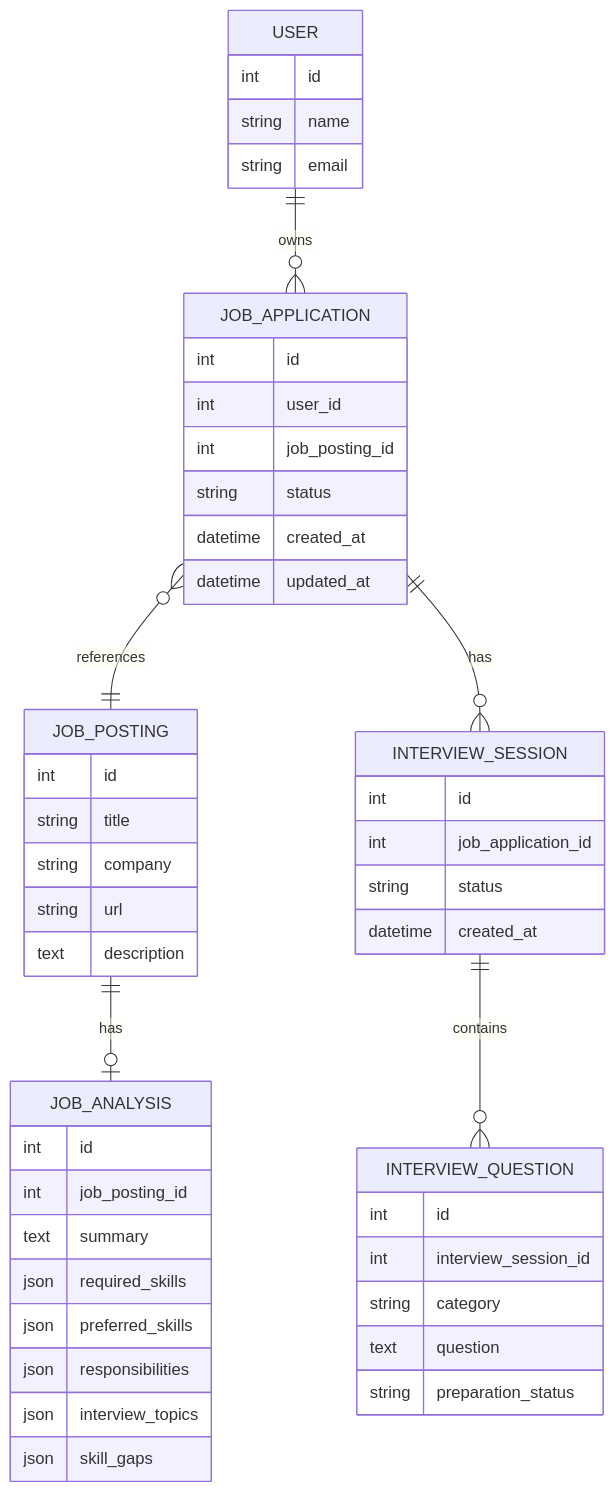
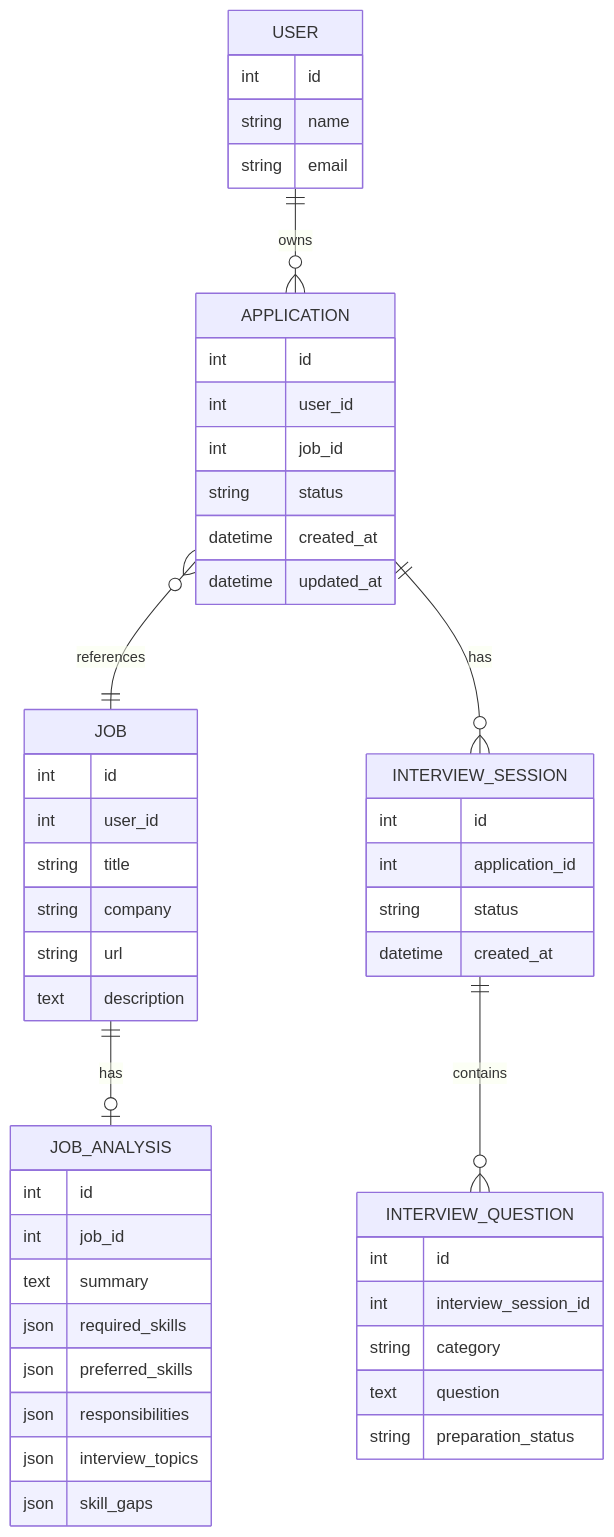
One commit to harshkaso/carrer-pilot changed the fifth of 6 diagrams in README.md. Above: the diagram before and after it, drawn with Mermaid. The commit also changed other lines of this file, not shown here.

````diff
--- a/README.md
+++ b/README.md
@@ -275,57 +260,58 @@
 ```mermaid
 erDiagram
-    USER ||--o{ JOB_APPLICATION : owns
-    JOB_APPLICATION }o--|| JOB_POSTING : references
-    JOB_POSTING ||--o| JOB_ANALYSIS : has
-    JOB_APPLICATION ||--o{ INTERVIEW_SESSION : has
+    USER ||--o{ APPLICATION : owns
+    APPLICATION }o--|| JOB : references
+    JOB ||--o| JOB_ANALYSIS : has
+    APPLICATION ||--o{ INTERVIEW_SESSION : has
     INTERVIEW_SESSION ||--o{ INTERVIEW_QUESTION : contains
 
     USER {
         int id
         string name
         string email
     }
 
-    JOB_POSTING {
+    JOB {
         int id
+        int user_id
         string title
         string company
         string url
         text description
     }
 
-    JOB_APPLICATION {
+    APPLICATION {
         int id
         int user_id
-        int job_posting_id
+        int job_id
         string status
         datetime created_at
         datetime updated_at
     }
 
     JOB_ANALYSIS {
         int id
-        int job_posting_id
+        int job_id
         text summary
         json required_skills
         json preferred_skills
         json responsibilities
         json interview_topics
         json skill_gaps
     }
 
     INTERVIEW_SESSION {
         int id
-        int job_application_id
+        int application_id
         string status
         datetime created_at
     }
 
     INTERVIEW_QUESTION {
         int id
         int interview_session_id
         string category
         text question
         string preparation_status
     }
 ```
````
